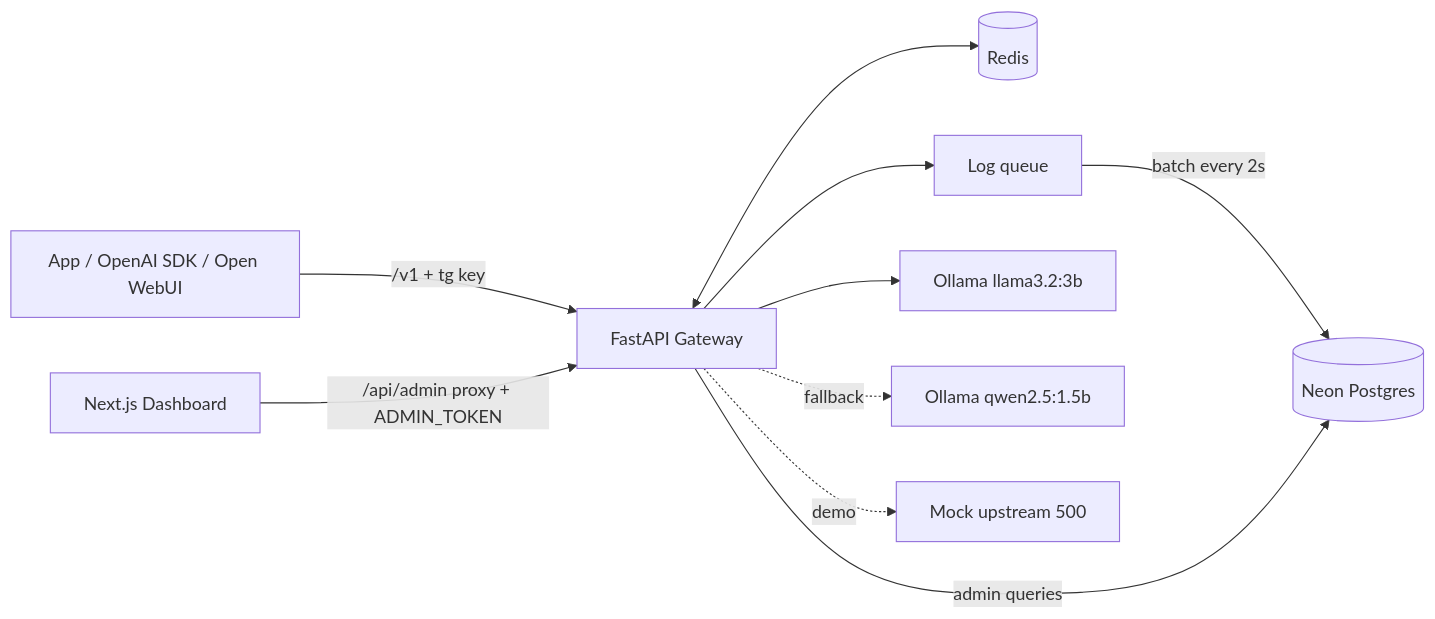
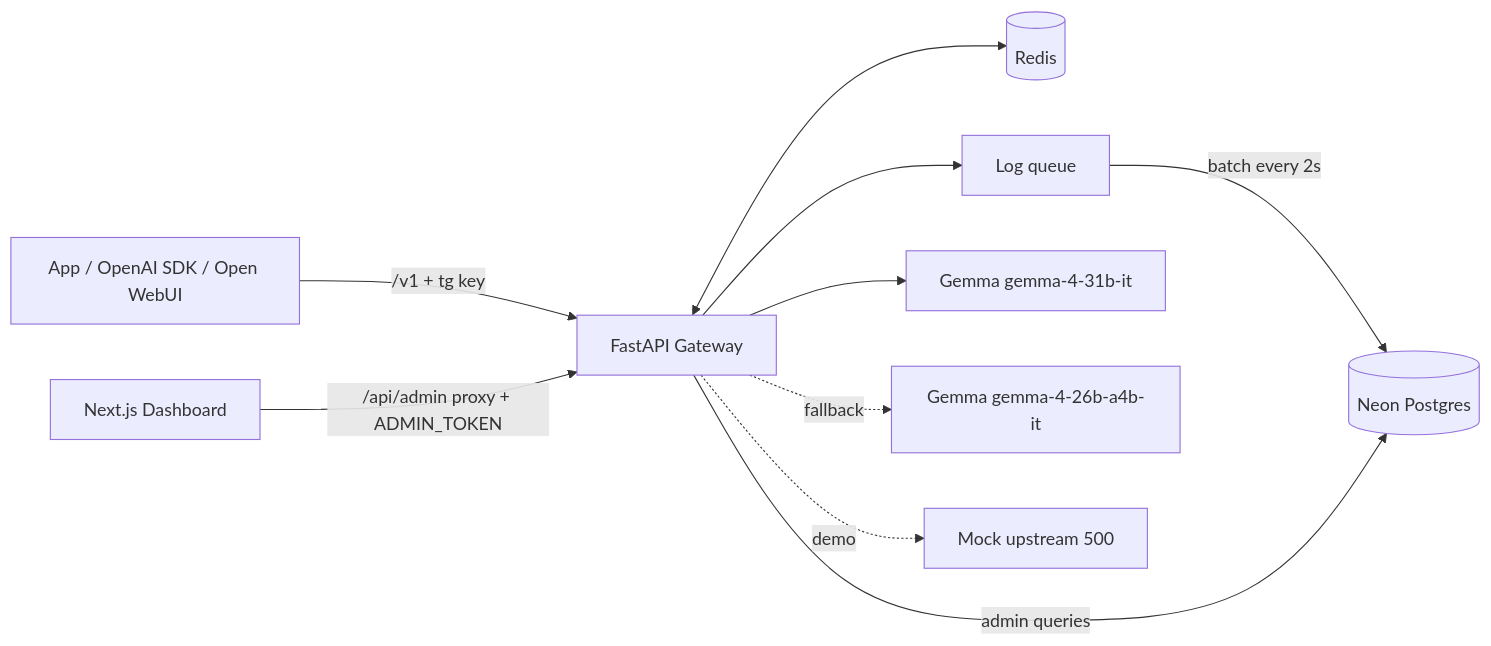
Before and after one commit to sumitsingh3072/tollgate: the diagram in docs/architecture.md, drawn with Mermaid. The commit also changed other lines of this file and 68 other files, not shown here.

````diff
--- a/docs/architecture.md
+++ b/docs/architecture.md
@@ -13,11 +16,11 @@
 ```mermaid
 flowchart LR
   App[App / OpenAI SDK / Open WebUI] -->|/v1 + tg key| GW[FastAPI Gateway]
   Dash[Next.js Dashboard] -->|/api/admin proxy + ADMIN_TOKEN| GW
   GW <--> R[(Redis)]
   GW --> Q[Log queue] -->|batch every 2s| DB[(Neon Postgres)]
   GW -->|admin queries| DB
-  GW --> O1[Ollama llama3.2:3b]
-  GW -. fallback .-> O2[Ollama qwen2.5:1.5b]
+  GW --> O1[Gemma gemma-4-31b-it]
+  GW -. fallback .-> O2[Gemma gemma-4-26b-a4b-it]
   GW -. demo .-> M[Mock upstream 500]
 ```
````
